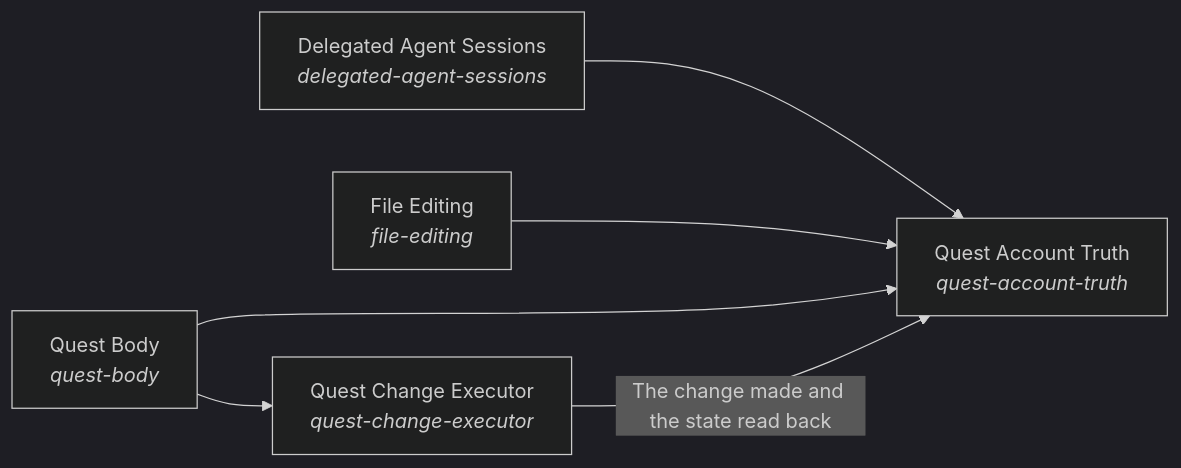
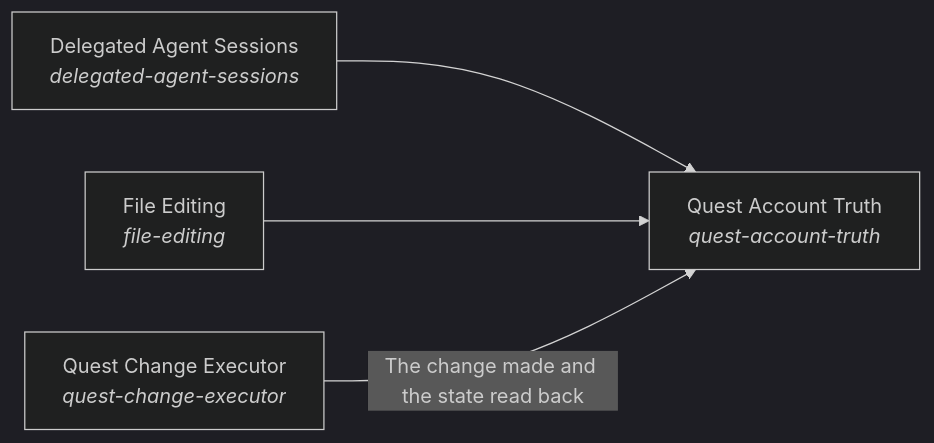
The diagram in quest_ai_runner/the_body/README.md (SpiritualData/quest-ai-runner), drawn with Mermaid (dark theme) before and after one commit. The commit also changed other lines of this file and 17 other files, not shown here.

Commit message:
Regenerated READMEs, tracker and diagrams after the container hierarchy

````diff
--- a/quest_ai_runner/the_body/README.md
+++ b/quest_ai_runner/the_body/README.md
@@ -17,13 +17,10 @@
 ```mermaid
 flowchart LR
     s0["Delegated Agent Sessions<br/><i>delegated-agent-sessions</i>"]
     s1["File Editing<br/><i>file-editing</i>"]
-    s2["Quest Body<br/><i>quest-body</i>"]
-    s3["Quest Account Truth<br/><i>quest-account-truth</i>"]
-    s4["Quest Change Executor<br/><i>quest-change-executor</i>"]
-    s0 --> s3
-    s1 --> s3
-    s2 --> s3
-    s2 --> s4
-    s4 -->|"The change made and the state read back"| s3
+    s2["Quest Account Truth<br/><i>quest-account-truth</i>"]
+    s3["Quest Change Executor<br/><i>quest-change-executor</i>"]
+    s0 --> s2
+    s1 --> s2
+    s3 -->|"The change made and the state read back"| s2
 ```
````
